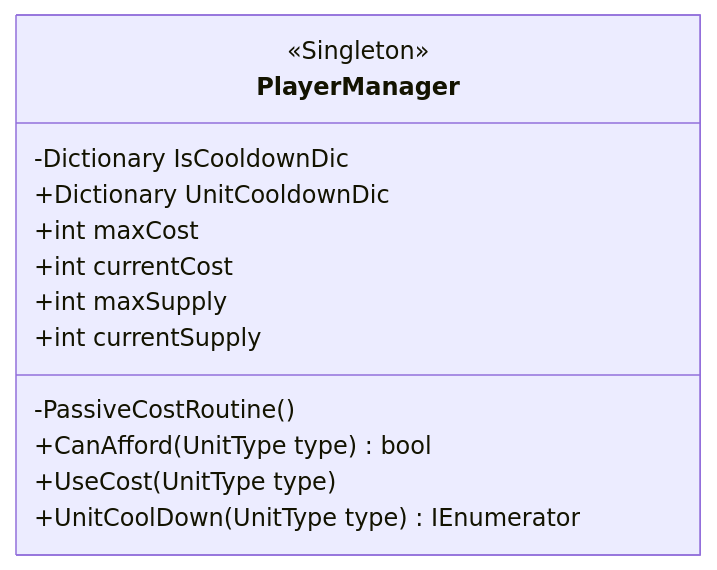
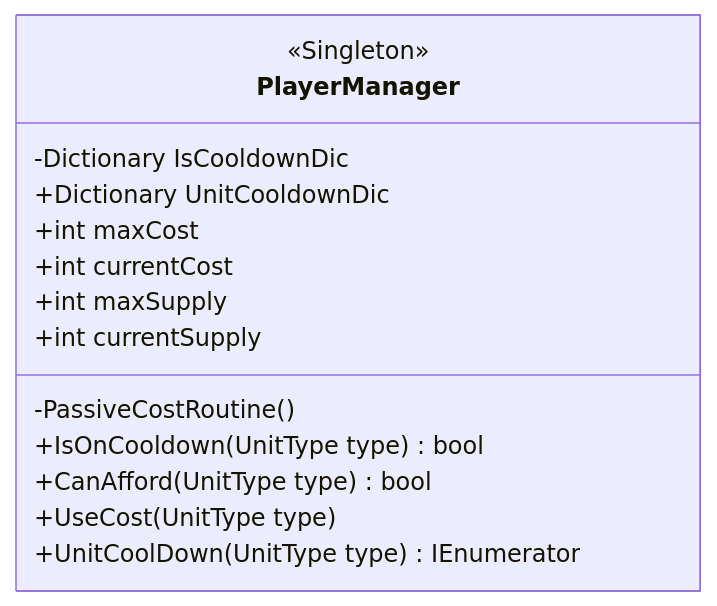
The ninth of 9 diagrams in src/3-strategy-defense/기술문서.md (Gryphon34/portfolio-template), drawn with Mermaid before and after one commit. The commit also changed other lines of this file and 28 other files, not shown here.

````diff
--- a/src/3-strategy-defense/기술문서.md
+++ b/src/3-strategy-defense/기술문서.md
@@ -689,17 +636,18 @@
 ```mermaid
 classDiagram
     class PlayerManager {
         <<Singleton>>
         -Dictionary IsCooldownDic
         +Dictionary UnitCooldownDic
         +int maxCost
         +int currentCost
         +int maxSupply
         +int currentSupply
         -PassiveCostRoutine()
+        +IsOnCooldown(UnitType type) bool
         +CanAfford(UnitType type) bool
         +UseCost(UnitType type)
         +UnitCoolDown(UnitType type) IEnumerator
     }
 
 ```
````
